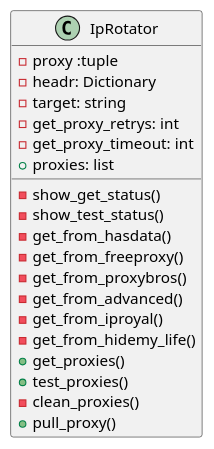
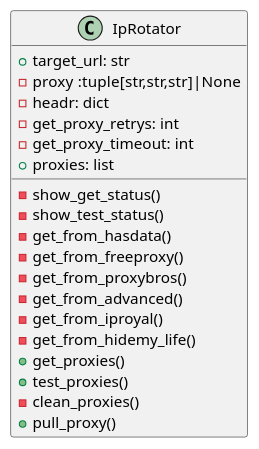
Before and after one commit to hkarimian90/ip_rotator: the diagram in docs/calss_diagram.puml, drawn with PlantUML. The commit also changed 3 other files, not shown here.

```diff
--- a/docs/calss_diagram.puml
+++ b/docs/calss_diagram.puml
@@ -1,23 +1,23 @@
 @startuml
 class IpRotator{
-- proxy :tuple
-- headr: Dictionary
-- target: string
++ target_url: str
+- proxy :tuple[str,str,str]|None
+- headr: dict
 - get_proxy_retrys: int
 - get_proxy_timeout: int
 + proxies: list
 
 - show_get_status()
 - show_test_status()
 - get_from_hasdata()
 - get_from_freeproxy()
 - get_from_proxybros()
 - get_from_advanced()
 - get_from_iproyal()
 - get_from_hidemy_life()
 + get_proxies()
 + test_proxies()
 - clean_proxies()
 + pull_proxy()
 }
 @enduml
```
